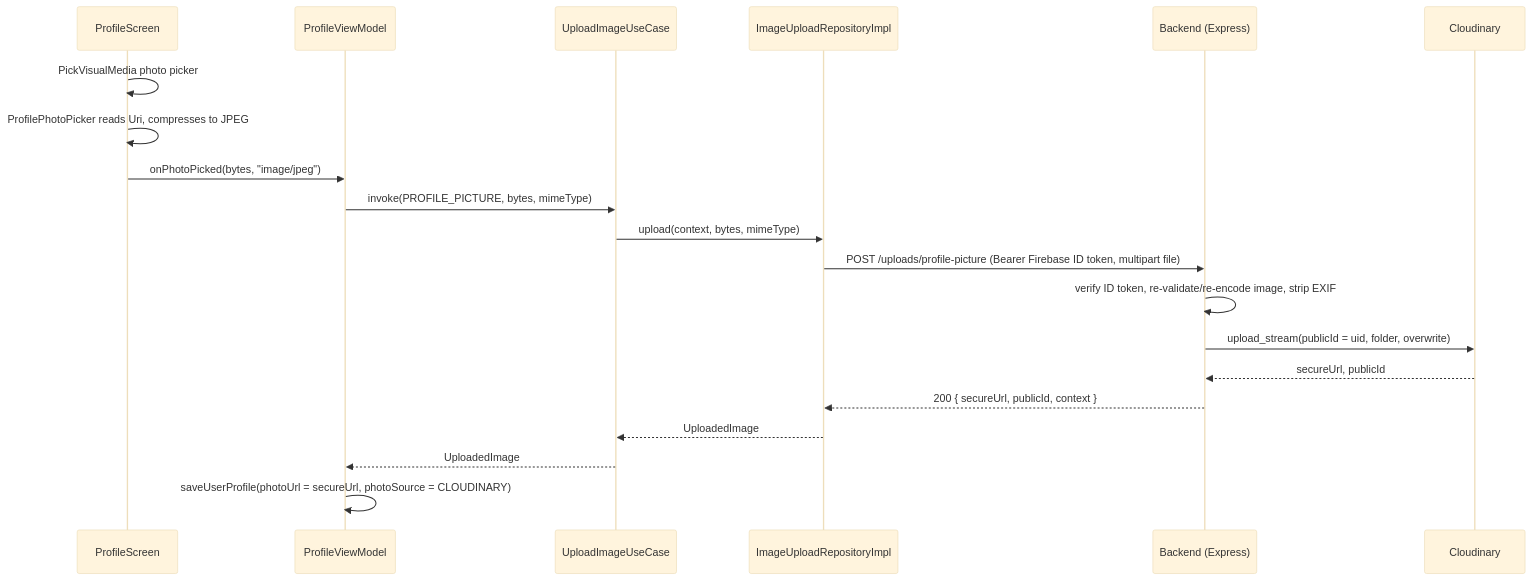
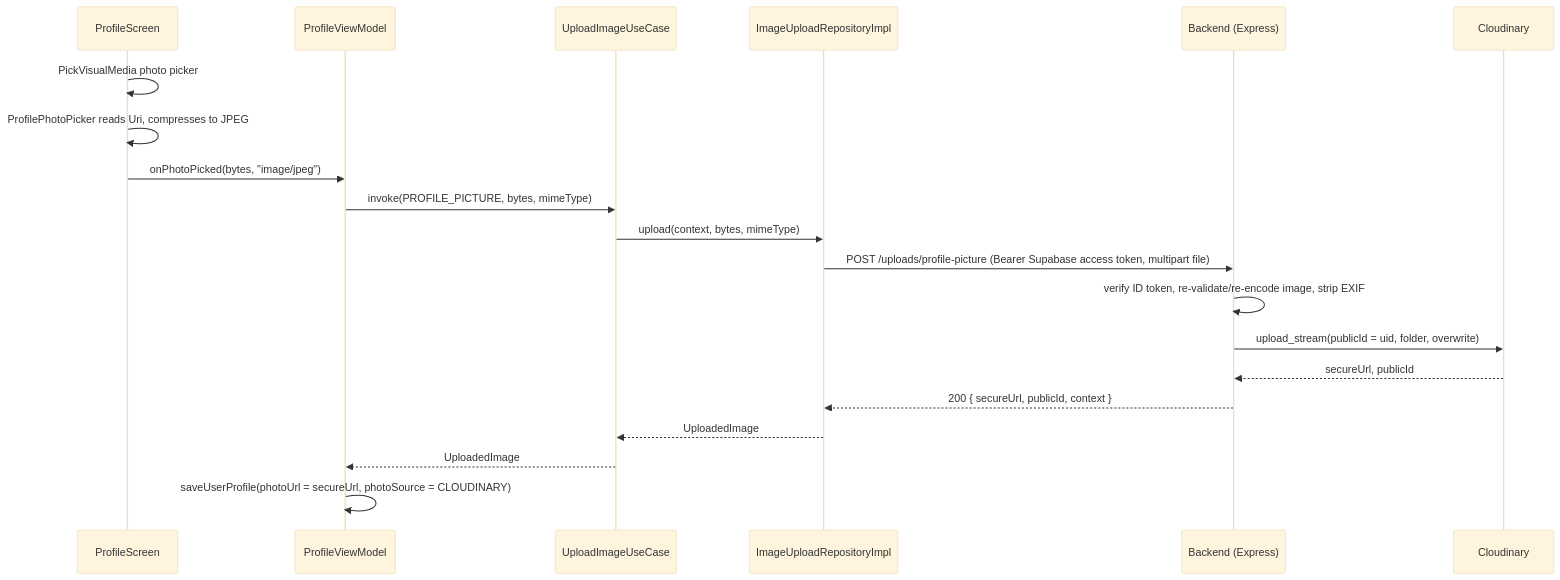
The diagram in docs/docs.md (shanedesal/haztrack-compose), drawn with Mermaid (base theme) before and after one commit. The commit also changed other lines of this file and 29 other files, not shown here.

Commit message:
feat: migrated from firebase to supabase entirely, fixed profile image display issues

````diff
--- a/docs/docs.md
+++ b/docs/docs.md
@@ -1079,23 +1059,23 @@
 ```mermaid
 sequenceDiagram
     participant Screen as ProfileScreen
     participant VM as ProfileViewModel
     participant UC as UploadImageUseCase
     participant Repo as ImageUploadRepositoryImpl
     participant BE as Backend (Express)
     participant CDY as Cloudinary
 
     Screen->>Screen: PickVisualMedia photo picker
     Screen->>Screen: ProfilePhotoPicker reads Uri, compresses to JPEG
     Screen->>VM: onPhotoPicked(bytes, "image/jpeg")
     VM->>UC: invoke(PROFILE_PICTURE, bytes, mimeType)
     UC->>Repo: upload(context, bytes, mimeType)
-    Repo->>BE: POST /uploads/profile-picture (Bearer Firebase ID token, multipart file)
+    Repo->>BE: POST /uploads/profile-picture (Bearer Supabase access token, multipart file)
     BE->>BE: verify ID token, re-validate/re-encode image, strip EXIF
     BE->>CDY: upload_stream(publicId = uid, folder, overwrite)
     CDY-->>BE: secureUrl, publicId
     BE-->>Repo: 200 { secureUrl, publicId, context }
     Repo-->>UC: UploadedImage
     UC-->>VM: UploadedImage
     VM->>VM: saveUserProfile(photoUrl = secureUrl, photoSource = CLOUDINARY)
 ```
````
